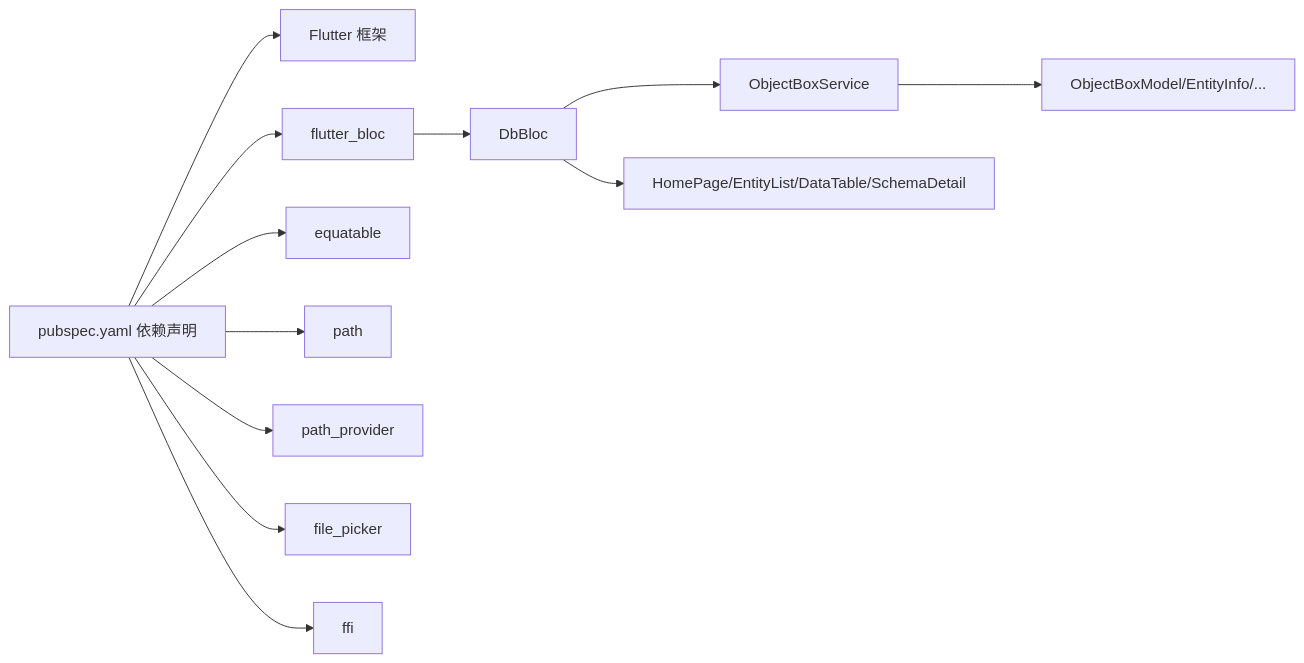
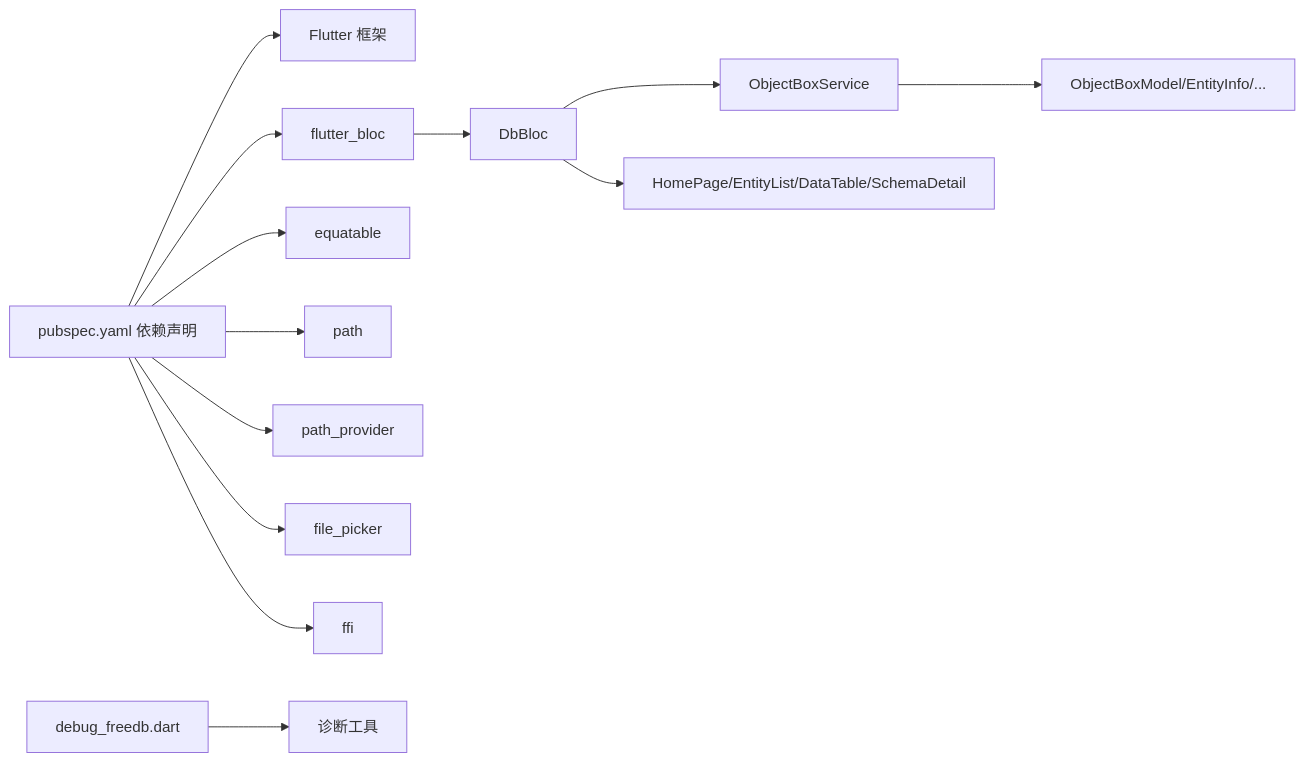
The seventh of 7 diagrams in .qoder/repowiki/zh/content/架构设计/服务层架构.md (kongpf8848/objectbox_viewer), drawn with Mermaid before and after one commit. The commit also changed other lines of this file and 9 other files, not shown here.

````diff
--- a/.qoder/repowiki/zh/content/架构设计/服务层架构.md
+++ b/.qoder/repowiki/zh/content/架构设计/服务层架构.md
@@ -291,14 +329,15 @@
 ```mermaid
 graph LR
 PUB["pubspec.yaml 依赖声明"] --> FLUTTER["Flutter 框架"]
 PUB --> BLOC["flutter_bloc"]
 PUB --> EQUATABLE["equatable"]
 PUB --> PATH["path"]
 PUB --> PATH_PROVIDER["path_provider"]
 PUB --> FILE_PICKER["file_picker"]
 PUB --> FFI["ffi"]
 BLOC --> DBLOC["DbBloc"]
 DBLOC --> SVC["ObjectBoxService"]
 SVC --> MODEL["ObjectBoxModel/EntityInfo/..."]
 DBLOC --> UI["HomePage/EntityList/DataTable/SchemaDetail"]
+DEBUG_FREEDB["debug_freedb.dart"] --> TOOL["诊断工具"]
 ```
````
